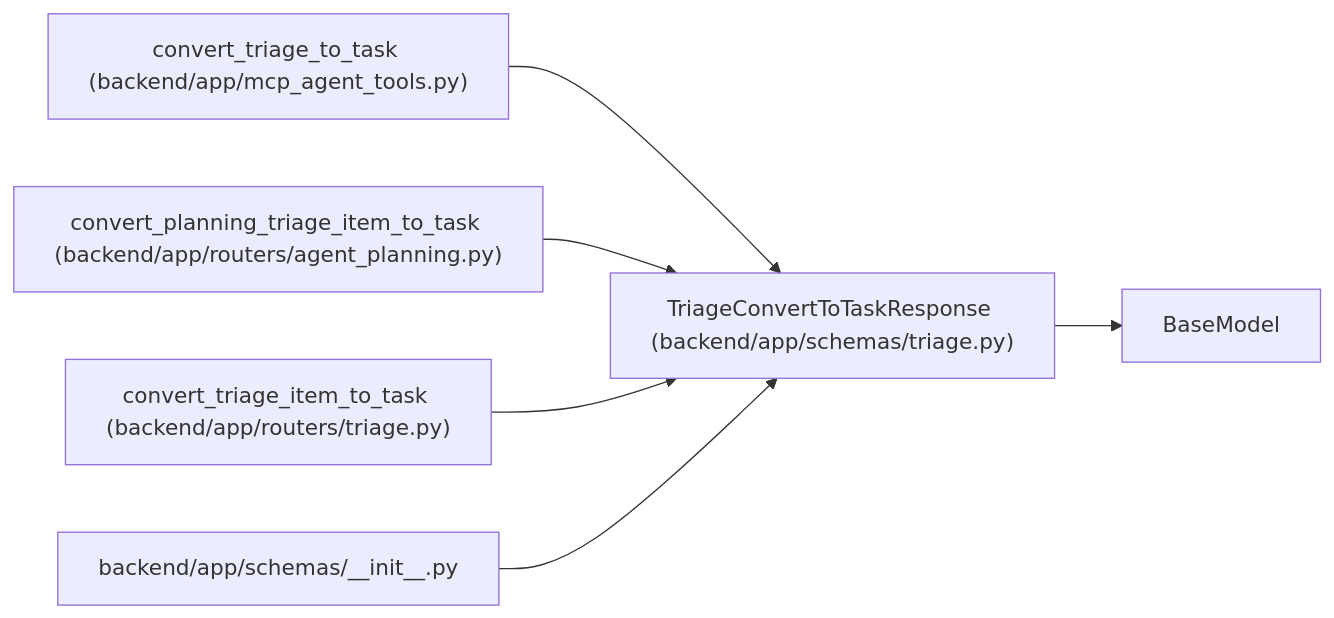
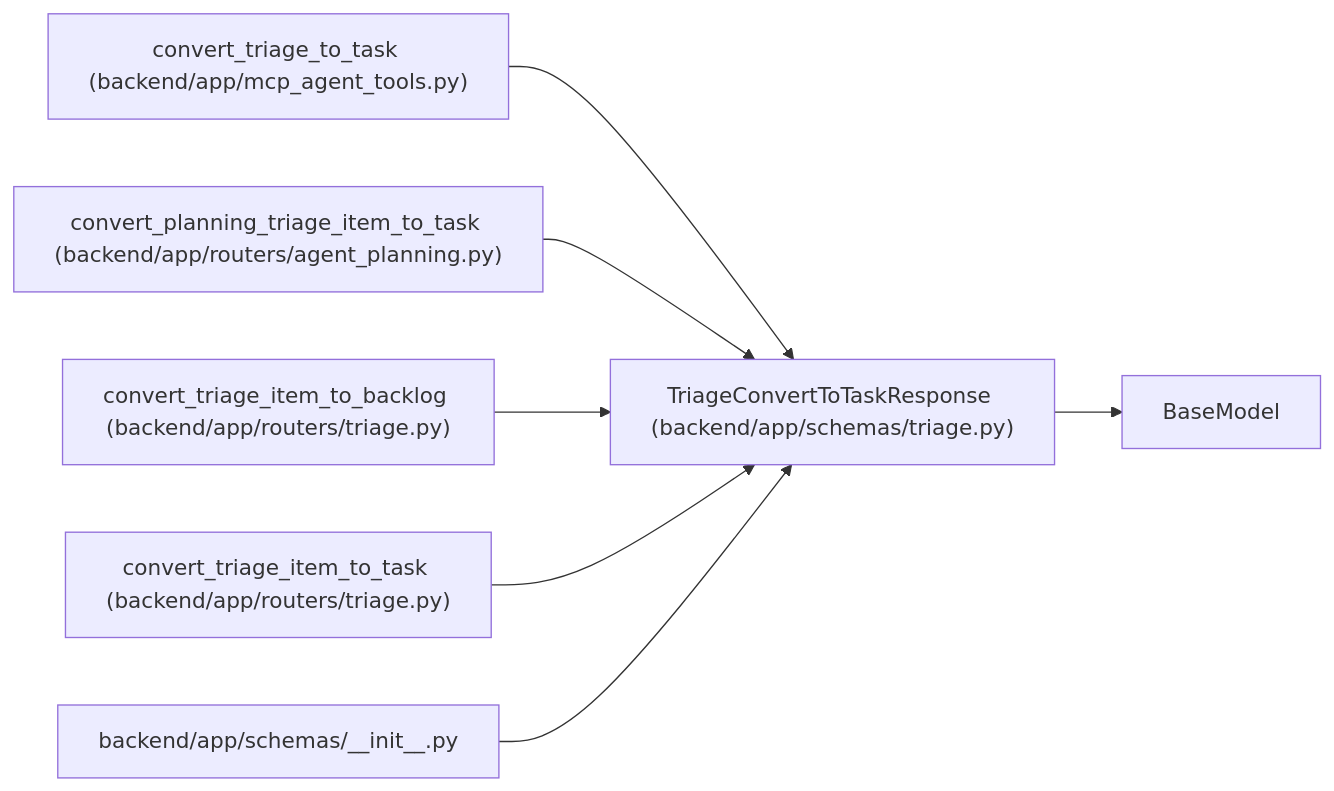
One commit to Denissvgn/WorkChord changed the diagram in docs/llm_wiki/entities/schemas_triage_TriageConvertToTaskResponse.md. Above: the diagram before and after it, drawn with Mermaid. The commit also changed other lines of this file and 1238 other files, not shown here.

First line of the commit message:
docs(wiki): publish compact canonical domain architecture

````diff
--- a/docs/llm_wiki/entities/schemas_triage_TriageConvertToTaskResponse.md
+++ b/docs/llm_wiki/entities/schemas_triage_TriageConvertToTaskResponse.md
@@ -26,19 +26,22 @@
 ```mermaid
 flowchart LR
     n0["TriageConvertToTaskResponse (backend/app/schemas/triage.py)"]
     n1["BaseModel"]
     n2["convert_triage_to_task (backend/app/mcp_agent_tools.py)"]
     n3["convert_planning_triage_item_to_task (backend/app/routers/agent_planning.py)"]
-    n4["convert_triage_item_to_task (backend/app/routers/triage.py)"]
-    n5["backend/app/schemas/__init__.py"]
+    n4["convert_triage_item_to_backlog (backend/app/routers/triage.py)"]
+    n5["convert_triage_item_to_task (backend/app/routers/triage.py)"]
+    n6["backend/app/schemas/__init__.py"]
     n0 --> n1
     n2 --> n0
     n3 --> n0
     n4 --> n0
     n5 --> n0
+    n6 --> n0
     click n0 "../modules/schemas_triage.md"
     click n2 "../modules/mcp_agent_tools.md"
     click n3 "../modules/routers_agent_planning.md"
     click n4 "../modules/routers_triage.md"
-    click n5 "../modules/schemas___init__.md"
+    click n5 "../modules/routers_triage.md"
+    click n6 "../modules/schemas___init__.md"
 ```
````
